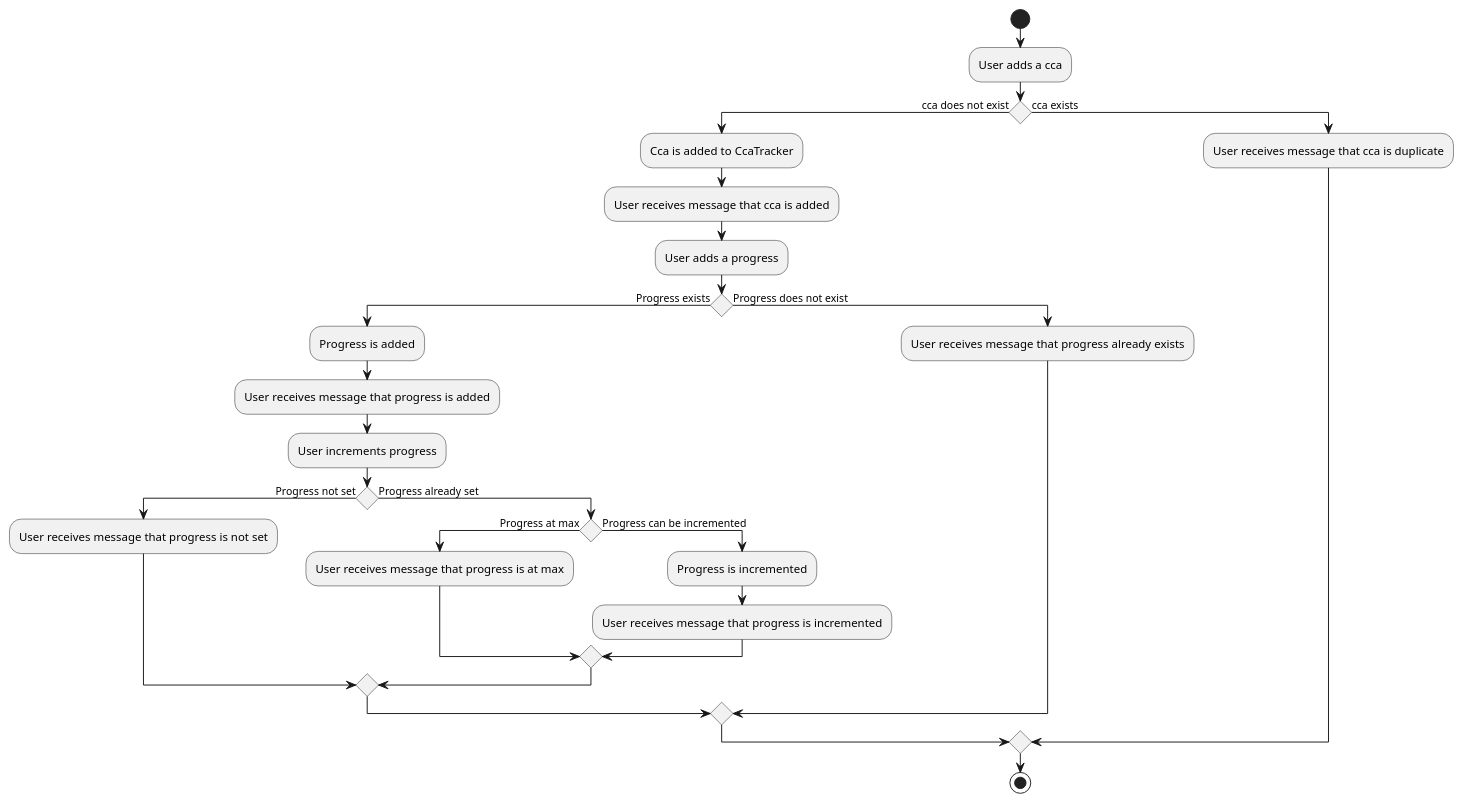
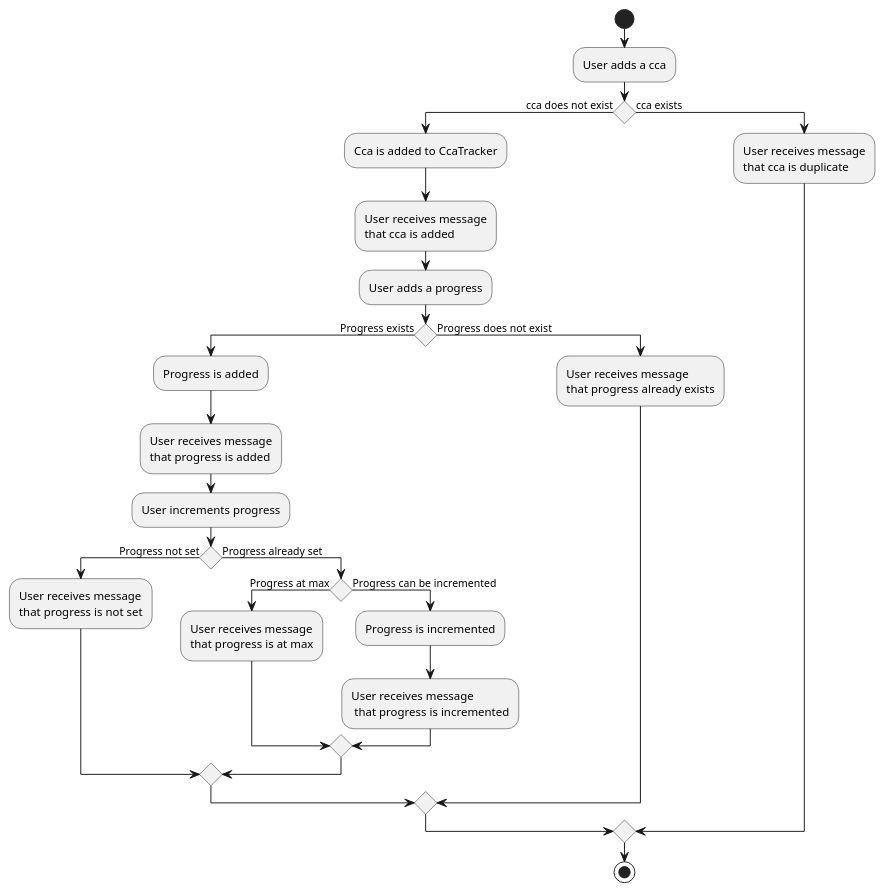
One commit to nus-cs2103-AY1920S1/addressbook-level3 changed the diagram in docs/diagrams/feature cca-tracker/IncreaseCcaProgressActivityDiagram.puml. Above: the diagram before and after it, drawn with PlantUML. The commit also changed 11 other files, not shown here.

```diff
--- a/docs/diagrams/feature cca-tracker/IncreaseCcaProgressActivityDiagram.puml
+++ b/docs/diagrams/feature cca-tracker/IncreaseCcaProgressActivityDiagram.puml
@@ -1,33 +1,33 @@
 @startuml
 
 start
 :User adds a cca;
 if () then (cca does not exist)
     :Cca is added to CcaTracker;
-    :User receives message that cca is added;
+    :User receives message\nthat cca is added;
     :User adds a progress;
     if () then (Progress exists)
         :Progress is added;
-        :User receives message that progress is added;
+        :User receives message\nthat progress is added;
         :User increments progress;
         if () then (Progress not set)
-            :User receives message that progress is not set;
+            :User receives message\nthat progress is not set;
         else (Progress already set)
             if () then (Progress at max)
-                :User receives message that progress is at max;
+                :User receives message\nthat progress is at max;
 
             else (Progress can be incremented)
                 :Progress is incremented;
-                :User receives message that progress is incremented;
+                :User receives message\n that progress is incremented;
             endif
         endif
     else (Progress does not exist)
-        :User receives message that progress already exists;
+        :User receives message\nthat progress already exists;
 
     endif
 else (cca exists)
-    :User receives message that cca is duplicate;
+    :User receives message\nthat cca is duplicate;
 endif
 stop
 
 @enduml
```
